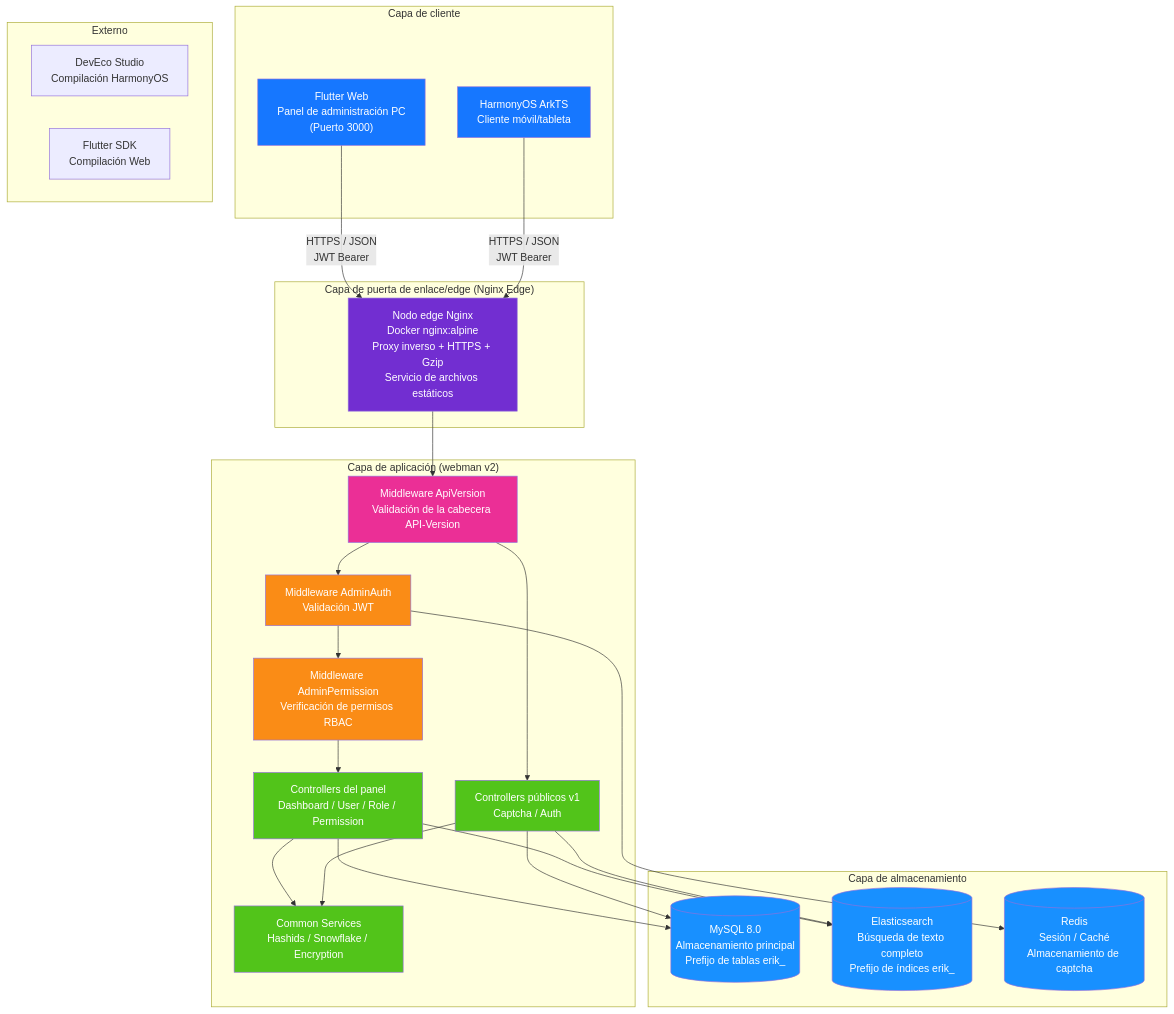
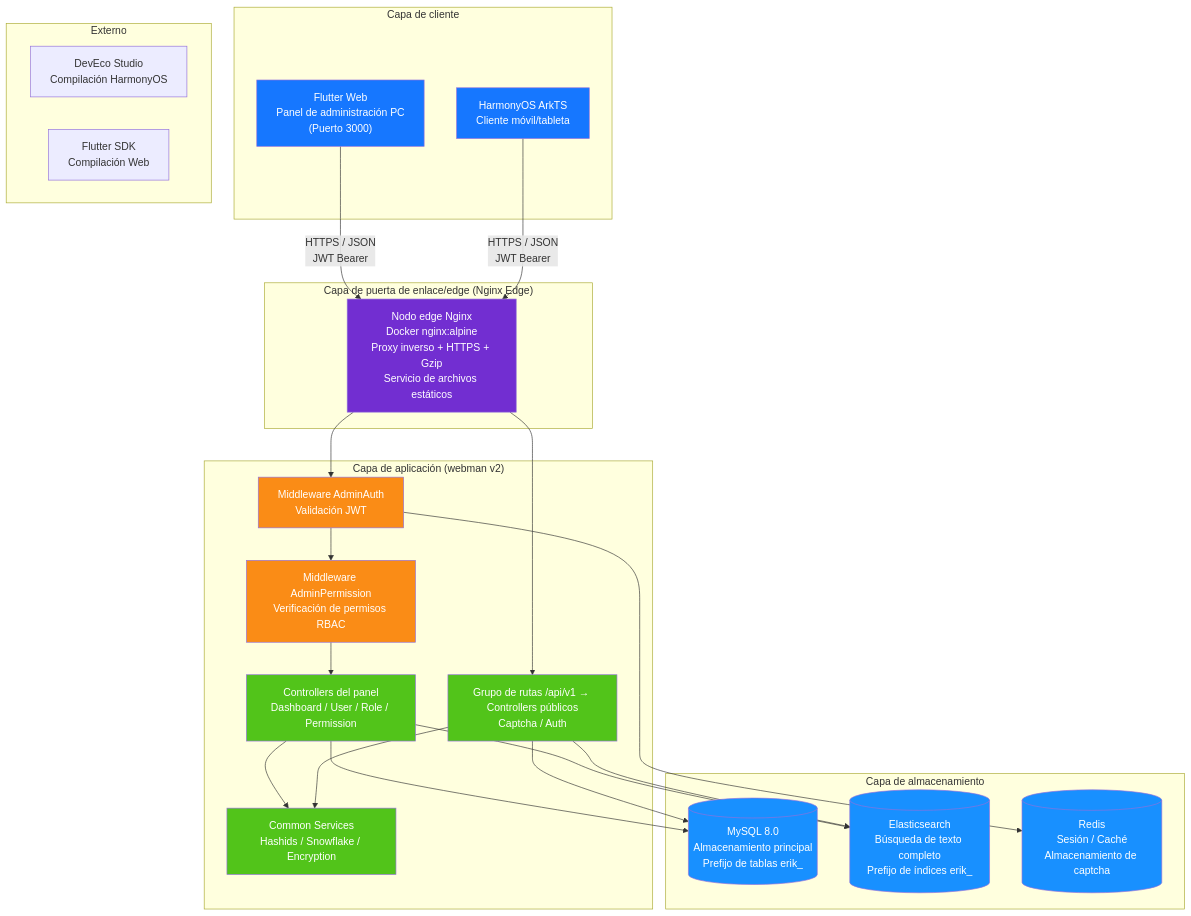
Before and after one commit to erikwang2013/open-admin: the first of 14 diagrams in docs/ARCHITECTURE.es.md, drawn with Mermaid. The commit also changed other lines of this file and 115 other files, not shown here.

First line of the commit message:
功能：新增项目宠物「小安」、站点首页与手写 SVG 设计图集；全部文档对齐代码

````diff
--- a/docs/ARCHITECTURE.es.md
+++ b/docs/ARCHITECTURE.es.md
@@ -13,59 +15,56 @@
 ```mermaid
 flowchart TB
     subgraph "Capa de cliente"
         A1["Flutter Web<br/>Panel de administración PC<br/>(Puerto 3000)"]
         A2["HarmonyOS ArkTS<br/>Cliente móvil/tableta"]
     end
 
     subgraph "Capa de puerta de enlace/edge (Nginx Edge)"
         B1["Nodo edge Nginx<br/>Docker nginx:alpine<br/>Proxy inverso + HTTPS + Gzip<br/>Servicio de archivos estáticos"]
     end
 
     subgraph "Capa de aplicación (webman v2)"
-        C0["Middleware ApiVersion<br/>Validación de la cabecera API-Version"]
         C1["Middleware AdminAuth<br/>Validación JWT"]
         C2["Middleware AdminPermission<br/>Verificación de permisos RBAC"]
         C3["Controllers del panel<br/>Dashboard / User / Role / Permission"]
-        C4["Controllers públicos v1<br/>Captcha / Auth"]
+        C4["Grupo de rutas /api/v1 → Controllers públicos<br/>Captcha / Auth"]
         C5["Common Services<br/>Hashids / Snowflake / Encryption"]
     end
 
     subgraph "Capa de almacenamiento"
         D1[("MySQL 8.0<br/>Almacenamiento principal<br/>Prefijo de tablas erik_")]
         D2[("Elasticsearch<br/>Búsqueda de texto completo<br/>Prefijo de índices erik_")]
         D3[("Redis<br/>Sesión / Caché<br/>Almacenamiento de captcha")]
     end
 
     subgraph "Externo"
         E1["DevEco Studio<br/>Compilación HarmonyOS"]
         E2["Flutter SDK<br/>Compilación Web"]
     end
 
     A1 -->|"HTTPS / JSON<br/>JWT Bearer"| B1
     A2 -->|"HTTPS / JSON<br/>JWT Bearer"| B1
-    B1 --> C0
-    C0 --> C1
+    B1 --> C1
+    B1 --> C4
     C1 --> C2
     C2 --> C3
-    C0 --> C4
     C3 --> C5
     C4 --> C5
     C3 --> D1
     C4 --> D1
     C3 --> D2
     C4 --> D2
     C1 --> D3
 
     style A1 fill:#1677FF,color:#fff
     style A2 fill:#1677FF,color:#fff
     style B1 fill:#722ED1,color:#fff
-    style C0 fill:#EB2F96,color:#fff
     style C1 fill:#FA8C16,color:#fff
     style C2 fill:#FA8C16,color:#fff
     style C3 fill:#52C41A,color:#fff
     style C4 fill:#52C41A,color:#fff
     style C5 fill:#52C41A,color:#fff
     style D1 fill:#1890FF,color:#fff
     style D2 fill:#1890FF,color:#fff
     style D3 fill:#1890FF,color:#fff
 ```
````
